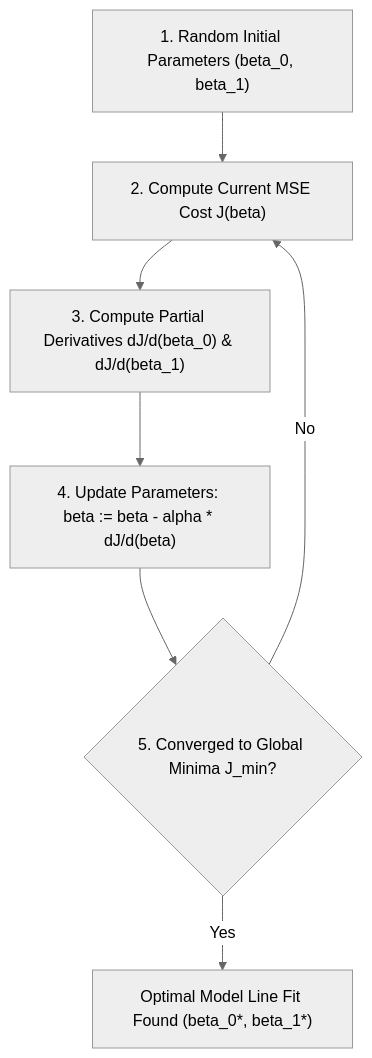
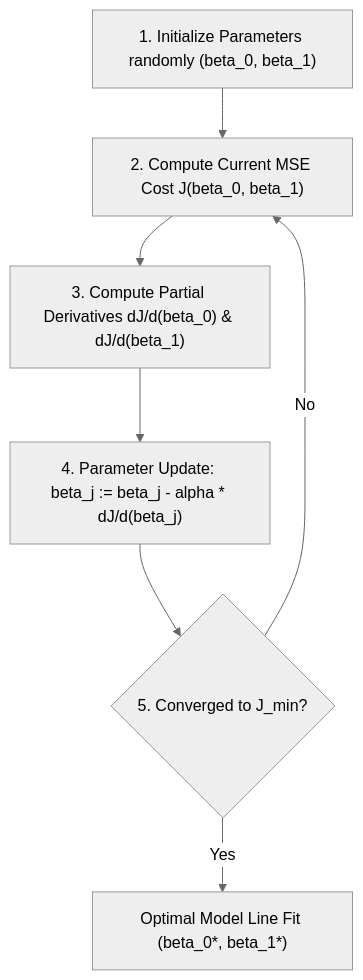
The second of 2 diagrams in 01_RAW/PROCESS/learn-core-machine-learning-part-04.md (xrcodexcode/xr_node), drawn with Mermaid (neutral theme) before and after one commit. The commit also changed other lines of this file and 15 other files, not shown here.

````diff
--- a/01_RAW/PROCESS/learn-core-machine-learning-part-04.md
+++ b/01_RAW/PROCESS/learn-core-machine-learning-part-04.md
@@ -66,9 +73,9 @@
 ```mermaid
 flowchart TD
-    Init["1. Random Initial Parameters (beta_0, beta_1)"] --> Error["2. Compute Current MSE Cost J(beta)"]
-    Error --> Grad["3. Compute Partial Derivatives dJ/d(beta_0) & dJ/d(beta_1)"]
-    Grad --> Update["4. Update Parameters: beta := beta - alpha * dJ/d(beta)"]
-    Update --> Check{"5. Converged to Global Minima J_min?"}
-    Check -- No --> Error
-    Check -- Yes --> Optimal["Optimal Model Line Fit Found (beta_0*, beta_1*)"]
+    Init["1. Initialize Parameters randomly (beta_0, beta_1)"] --> Cost["2. Compute Current MSE Cost J(beta_0, beta_1)"]
+    Cost --> Grad["3. Compute Partial Derivatives dJ/d(beta_0) & dJ/d(beta_1)"]
+    Grad --> Update["4. Parameter Update: beta_j := beta_j - alpha * dJ/d(beta_j)"]
+    Update --> Check{"5. Converged to J_min?"}
+    Check -- No --> Cost
+    Check -- Yes --> Optimal["Optimal Model Line Fit (beta_0*, beta_1*)"]
 ```
````
